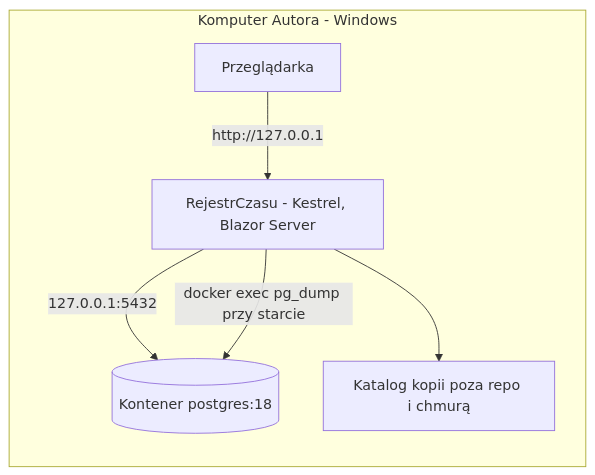
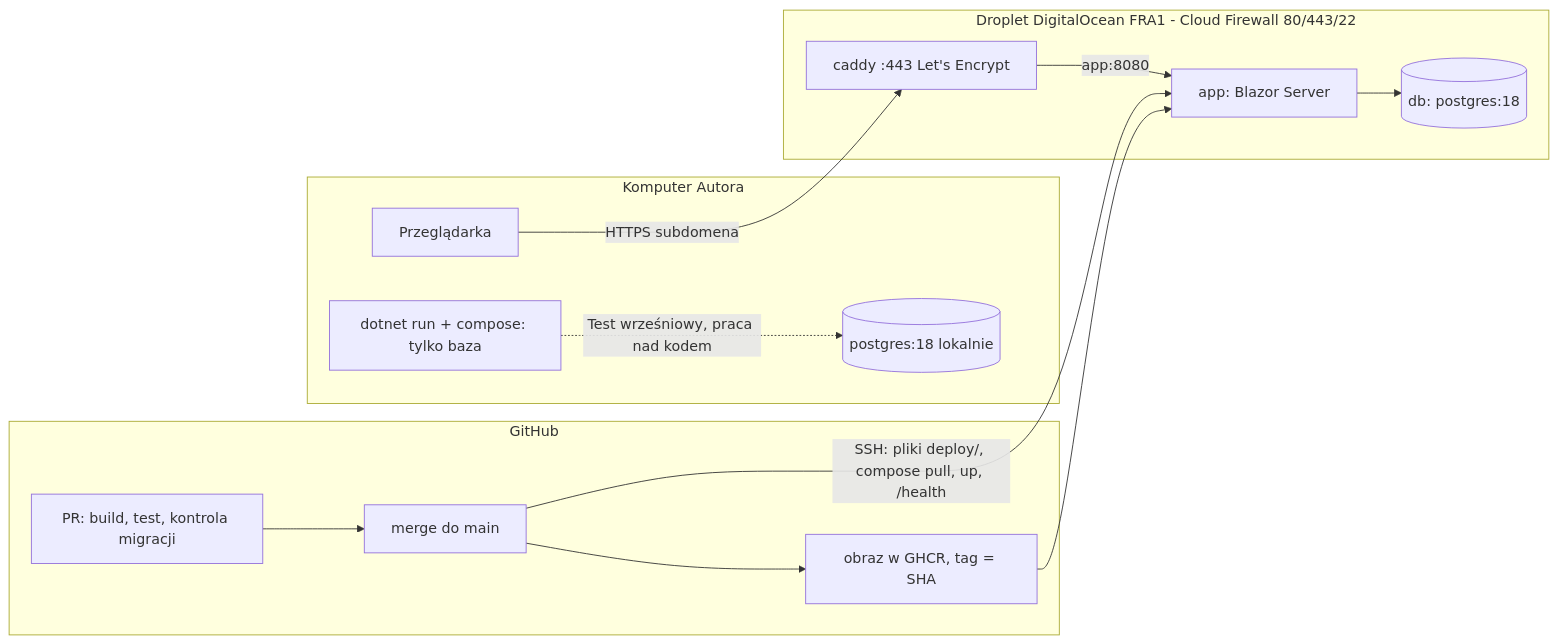
The second of 3 diagrams in _bmad-output/initiative-rejestr-czasu/architecture-rejestr-czasu/architecture-rejestr-czasu.md (AgraelPL/rejestr-czasu-bmad), drawn with Mermaid before and after one commit. The commit also changed other lines of this file and 6 other files, not shown here.

````diff
--- a/_bmad-output/initiative-rejestr-czasu/architecture-rejestr-czasu/architecture-rejestr-czasu.md
+++ b/_bmad-output/initiative-rejestr-czasu/architecture-rejestr-czasu/architecture-rejestr-czasu.md
@@ -166,9 +227,18 @@
 ```mermaid
 graph LR
-  subgraph Komputer Autora - Windows
-    B[Przeglądarka] -->|http://127.0.0.1| K[RejestrCzasu - Kestrel, Blazor Server]
-    K -->|127.0.0.1:5432| P[(Kontener postgres:18)]
-    K -->|docker exec pg_dump przy starcie| P
-    K --> KB[Katalog kopii poza repo i chmurą]
+  subgraph Komputer Autora
+    B[Przeglądarka]
+    L[dotnet run + compose: tylko baza] -.->|Test wrześniowy, praca nad kodem| LP[(postgres:18 lokalnie)]
   end
+  subgraph GitHub
+    PR[PR: build, test, kontrola migracji] --> M[merge do main]
+    M --> IMG[obraz w GHCR, tag = SHA]
+  end
+  subgraph Droplet DigitalOcean FRA1 - Cloud Firewall 80/443/22
+    C[caddy :443 Let's Encrypt] -->|app:8080| A[app: Blazor Server]
+    A --> P[(db: postgres:18)]
+  end
+  B -->|HTTPS subdomena| C
+  M -->|SSH: pliki deploy/, compose pull, up, /health| A
+  IMG --> A
 ```
````
